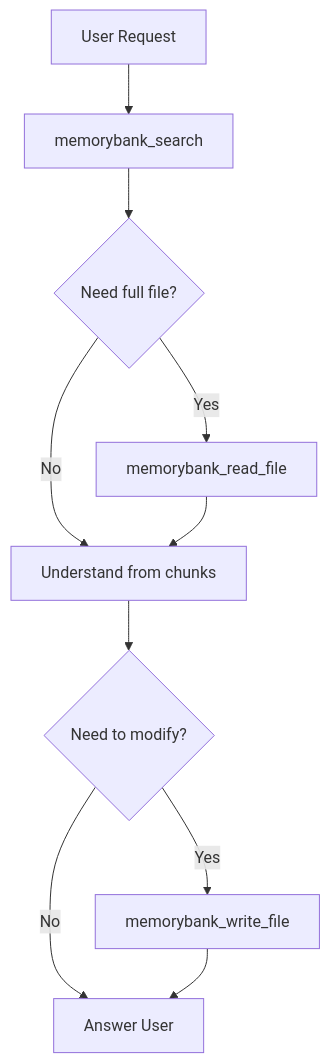
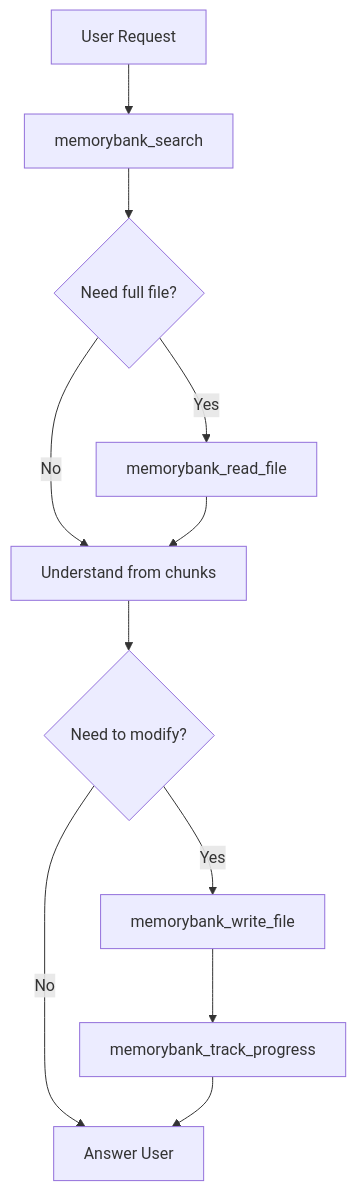
One commit to gcorroto/memory-bank-mcp changed the diagram in templates/AGENTS.sandboxed.md. Above: the diagram before and after it, drawn with Mermaid. The commit also changed other lines of this file and 13 other files, not shown here.

````diff
--- a/templates/AGENTS.sandboxed.md
+++ b/templates/AGENTS.sandboxed.md
@@ -61,12 +128,13 @@
 ```mermaid
 flowchart TD
     A[User Request] --> B[memorybank_search]
     B --> C{Need full file?}
     C -->|Yes| D[memorybank_read_file]
     C -->|No| E[Understand from chunks]
     D --> E
     E --> F{Need to modify?}
     F -->|Yes| G[memorybank_write_file]
     F -->|No| H[Answer User]
-    G --> H
+    G --> I[memorybank_track_progress]
+    I --> H
 ```
````
